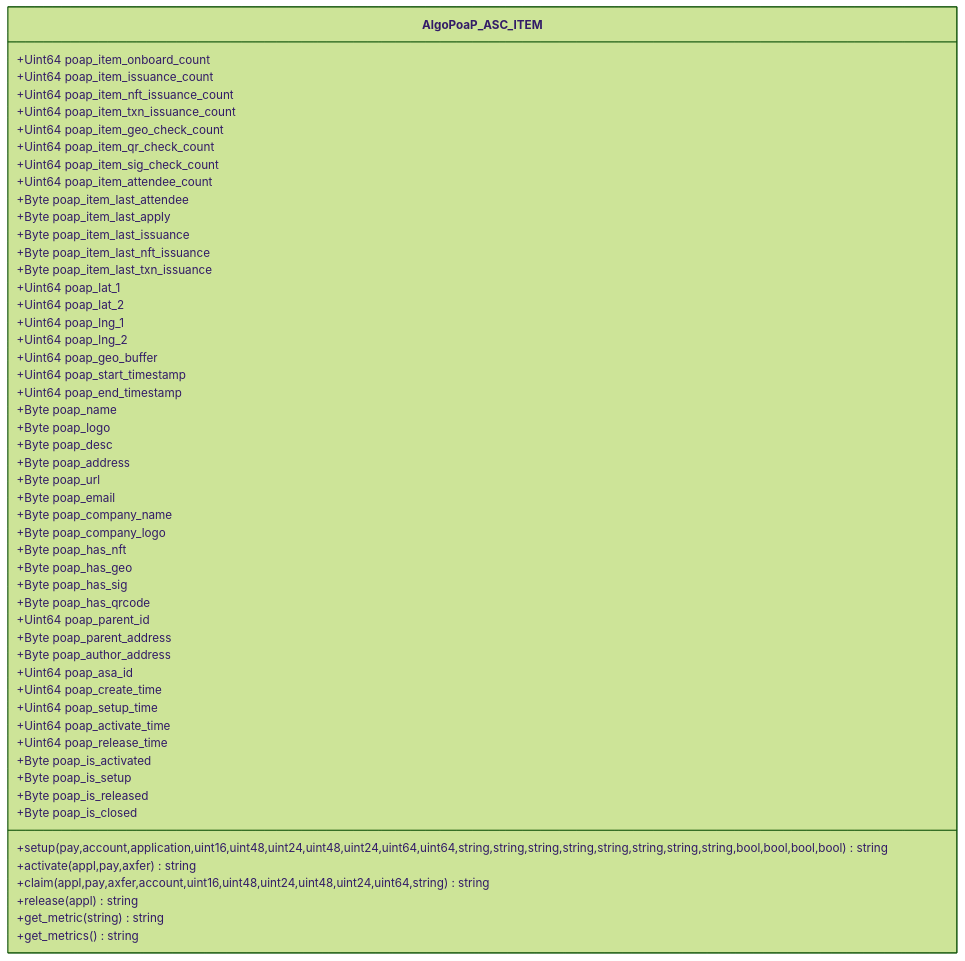
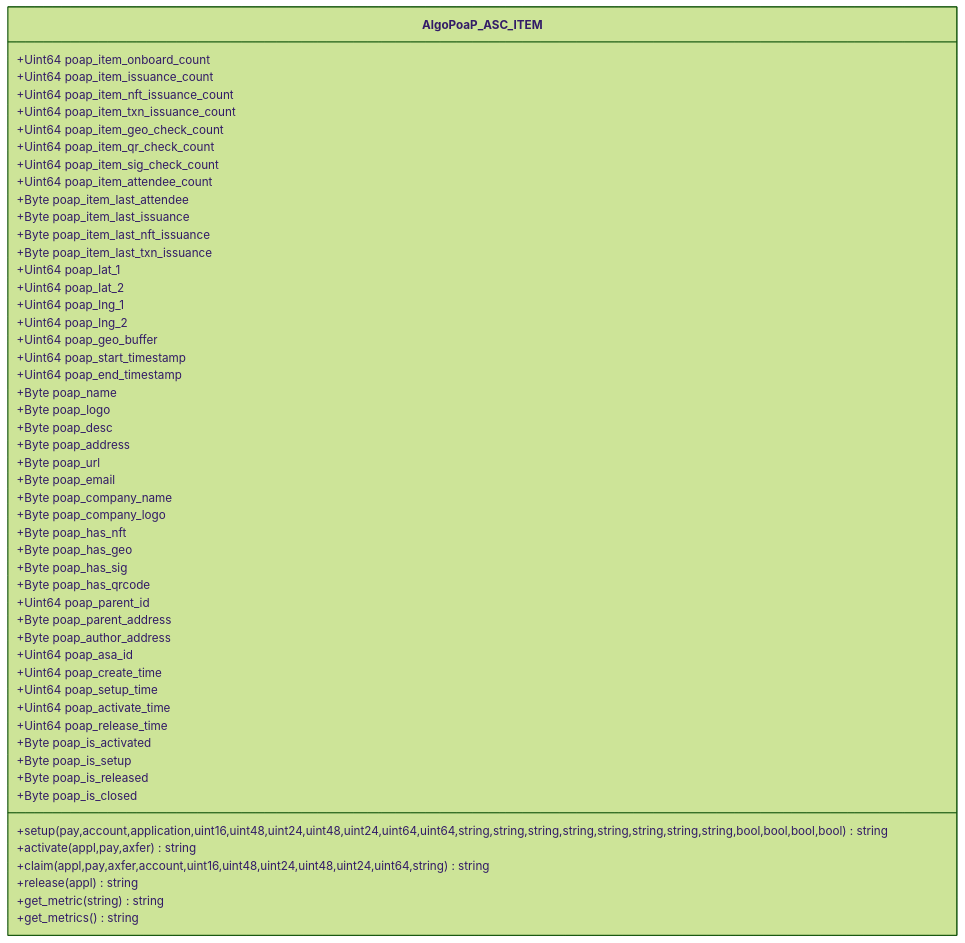
Before and after one commit to GoPlausible/.github: the tenth of 10 diagrams in profile/README.md, drawn with Mermaid (forest theme).

````diff
--- a/profile/README.md
+++ b/profile/README.md
@@ -596,69 +596,68 @@
 ```mermaid
   classDiagram
     class AlgoPoaP_ASC_ITEM
     AlgoPoaP_ASC_ITEM : +Uint64 poap_item_onboard_count
     AlgoPoaP_ASC_ITEM : +Uint64 poap_item_issuance_count
     AlgoPoaP_ASC_ITEM : +Uint64 poap_item_nft_issuance_count
     AlgoPoaP_ASC_ITEM : +Uint64 poap_item_txn_issuance_count
 
     AlgoPoaP_ASC_ITEM : +Uint64 poap_item_geo_check_count
     AlgoPoaP_ASC_ITEM : +Uint64 poap_item_qr_check_count
     AlgoPoaP_ASC_ITEM : +Uint64 poap_item_sig_check_count
 
     AlgoPoaP_ASC_ITEM : +Uint64 poap_item_attendee_count
     AlgoPoaP_ASC_ITEM : +Byte poap_item_last_attendee
-    AlgoPoaP_ASC_ITEM : +Byte poap_item_last_apply
     AlgoPoaP_ASC_ITEM : +Byte poap_item_last_issuance
     AlgoPoaP_ASC_ITEM : +Byte poap_item_last_nft_issuance
     AlgoPoaP_ASC_ITEM : +Byte poap_item_last_txn_issuance
 
 
     AlgoPoaP_ASC_ITEM : +Uint64 poap_lat_1
     AlgoPoaP_ASC_ITEM : +Uint64 poap_lat_2
     AlgoPoaP_ASC_ITEM : +Uint64 poap_lng_1
     AlgoPoaP_ASC_ITEM : +Uint64 poap_lng_2
     AlgoPoaP_ASC_ITEM : +Uint64 poap_geo_buffer
     AlgoPoaP_ASC_ITEM : +Uint64 poap_start_timestamp
     AlgoPoaP_ASC_ITEM : +Uint64 poap_end_timestamp
     AlgoPoaP_ASC_ITEM : +Byte poap_name
     AlgoPoaP_ASC_ITEM : +Byte poap_logo
     AlgoPoaP_ASC_ITEM : +Byte poap_desc
     AlgoPoaP_ASC_ITEM : +Byte poap_address
     AlgoPoaP_ASC_ITEM : +Byte poap_url
     AlgoPoaP_ASC_ITEM : +Byte poap_email
     AlgoPoaP_ASC_ITEM : +Byte poap_company_name
     AlgoPoaP_ASC_ITEM : +Byte poap_company_logo
     AlgoPoaP_ASC_ITEM : +Byte poap_has_nft
     AlgoPoaP_ASC_ITEM : +Byte poap_has_geo
     AlgoPoaP_ASC_ITEM : +Byte poap_has_sig
     AlgoPoaP_ASC_ITEM : +Byte poap_has_qrcode
 
     AlgoPoaP_ASC_ITEM : +Uint64 poap_parent_id
     AlgoPoaP_ASC_ITEM : +Byte poap_parent_address
     AlgoPoaP_ASC_ITEM : +Byte poap_author_address
     AlgoPoaP_ASC_ITEM : +Uint64 poap_asa_id
 
      AlgoPoaP_ASC_ITEM : +Uint64 poap_create_time
     AlgoPoaP_ASC_ITEM : +Uint64 poap_setup_time
     AlgoPoaP_ASC_ITEM : +Uint64 poap_activate_time
     AlgoPoaP_ASC_ITEM : +Uint64 poap_release_time
 
 
      AlgoPoaP_ASC_ITEM : +Byte poap_is_activated
     AlgoPoaP_ASC_ITEM : +Byte poap_is_setup
     AlgoPoaP_ASC_ITEM : +Byte poap_is_released
     AlgoPoaP_ASC_ITEM : +Byte poap_is_closed
 
 
  
 
     AlgoPoaP_ASC_ITEM : +setup(pay,account,application,uint16,uint48,uint24,uint48,uint24,uint64,uint64,string,string,string,string,string,string,string,string,bool,bool,bool,bool)string
     AlgoPoaP_ASC_ITEM : +activate(appl,pay,axfer)string
     AlgoPoaP_ASC_ITEM : +claim(appl,pay,axfer,account,uint16,uint48,uint24,uint48,uint24,uint64,string)string
     AlgoPoaP_ASC_ITEM : +release(appl)string
     AlgoPoaP_ASC_ITEM : +get_metric(string)string
     AlgoPoaP_ASC_ITEM : +get_metrics()string
     
   
     
 ```
````
